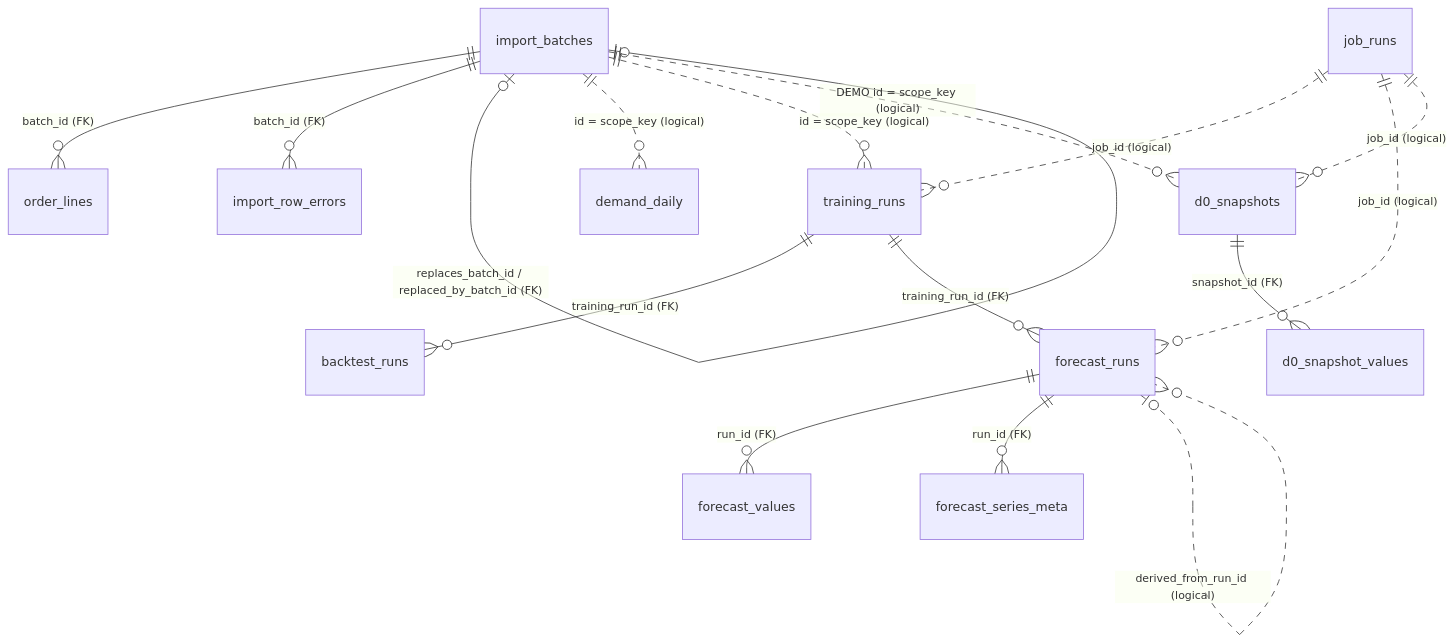
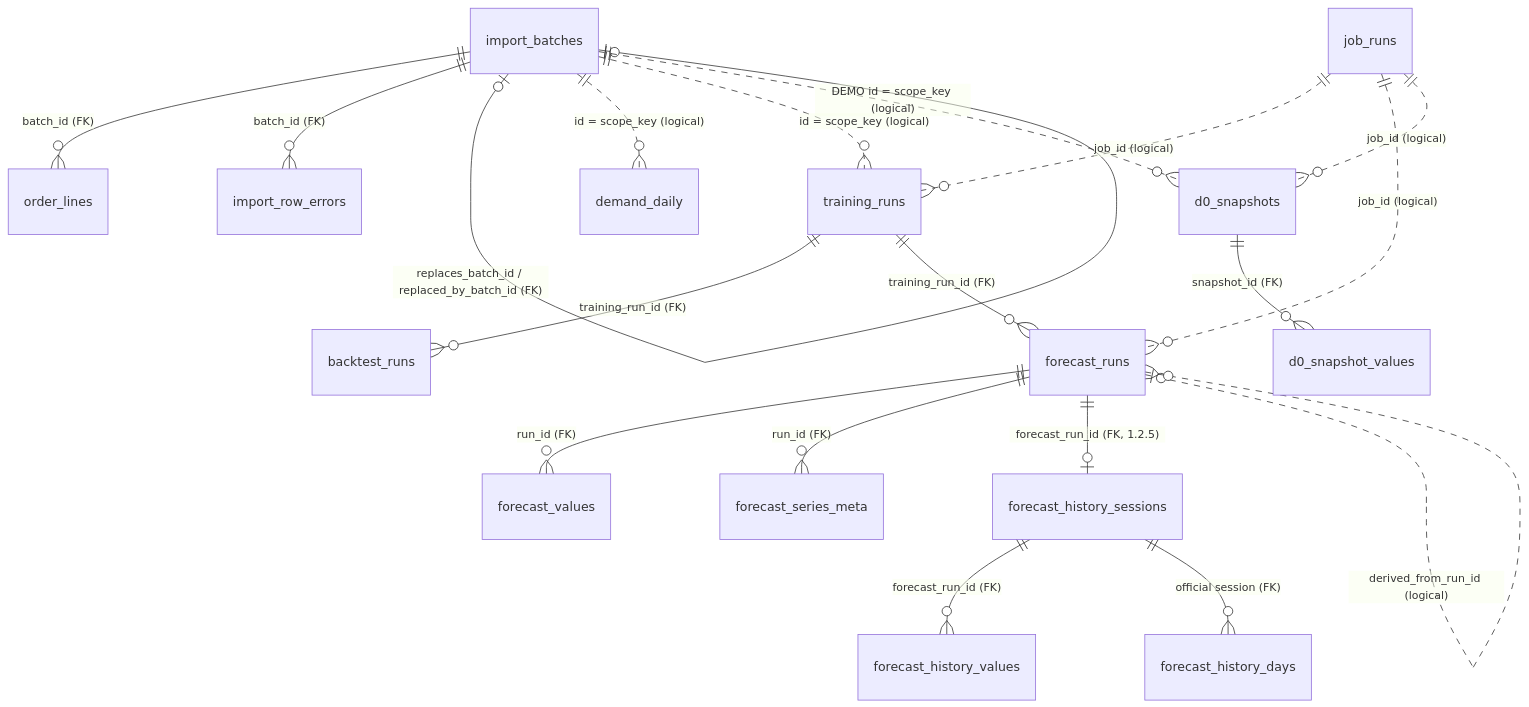
One commit to Giau2510/Demand-Planning-LightGBM changed the first of 2 diagrams in docs/data/DATA-MODEL.md. Above: the diagram before and after it, drawn with Mermaid. The commit also changed other lines of this file and 49 other files, not shown here.

First line of the commit message:
Release 1.2.5: Forecast & actual history (D+1) + UI redesign

````diff
--- a/docs/data/DATA-MODEL.md
+++ b/docs/data/DATA-MODEL.md
@@ -31,18 +32,21 @@
 ```mermaid
 erDiagram
     import_batches ||--o{ order_lines : "batch_id (FK)"
     import_batches ||--o{ import_row_errors : "batch_id (FK)"
     import_batches |o--o| import_batches : "replaces_batch_id / replaced_by_batch_id (FK)"
     training_runs ||--o{ backtest_runs : "training_run_id (FK)"
     training_runs ||--o{ forecast_runs : "training_run_id (FK)"
     forecast_runs ||--o{ forecast_values : "run_id (FK)"
     forecast_runs ||--o{ forecast_series_meta : "run_id (FK)"
     d0_snapshots ||--o{ d0_snapshot_values : "snapshot_id (FK)"
+    forecast_runs ||--o| forecast_history_sessions : "forecast_run_id (FK, 1.2.5)"
+    forecast_history_sessions ||--o{ forecast_history_values : "forecast_run_id (FK)"
+    forecast_history_sessions ||--o{ forecast_history_days : "official session (FK)"
     import_batches ||..o{ demand_daily : "id = scope_key (logical)"
     import_batches ||..o{ training_runs : "id = scope_key (logical)"
     import_batches ||..o{ d0_snapshots : "DEMO id = scope_key (logical)"
     forecast_runs |o..o{ forecast_runs : "derived_from_run_id (logical)"
     job_runs ||..o{ training_runs : "job_id (logical)"
     job_runs ||..o{ forecast_runs : "job_id (logical)"
     job_runs ||..o{ d0_snapshots : "job_id (logical)"
 ```
````
